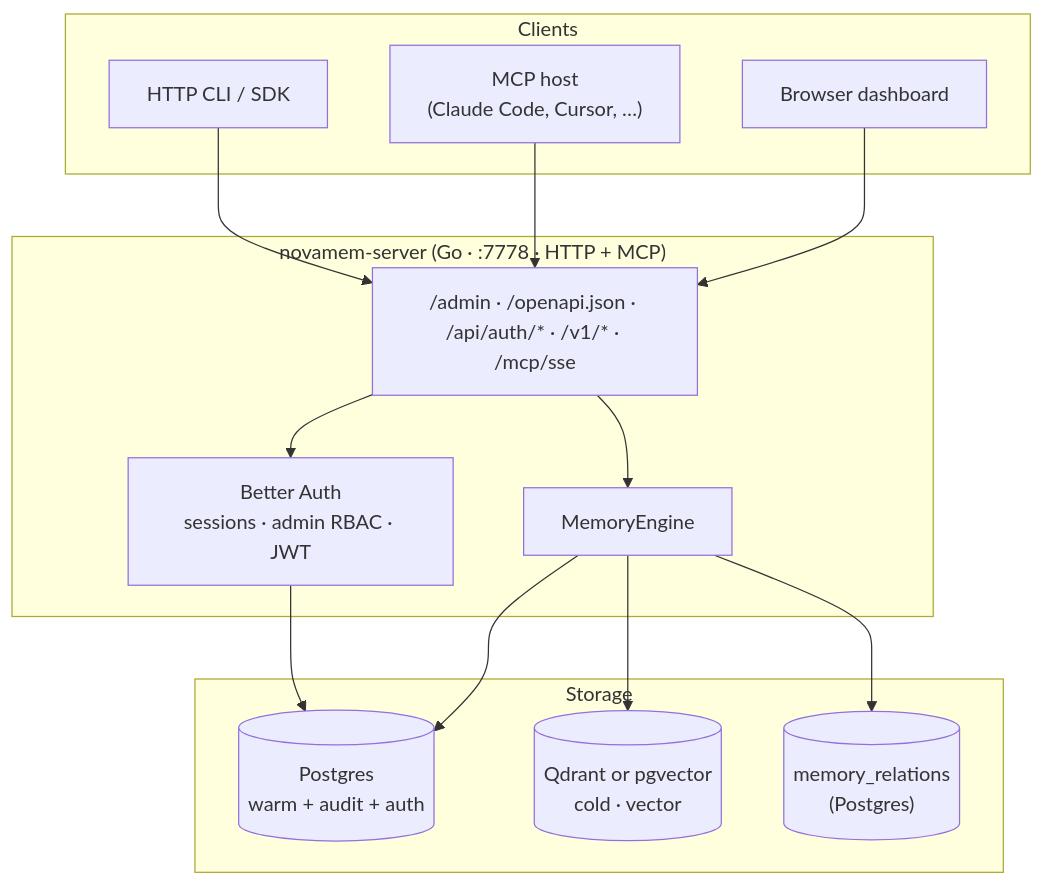
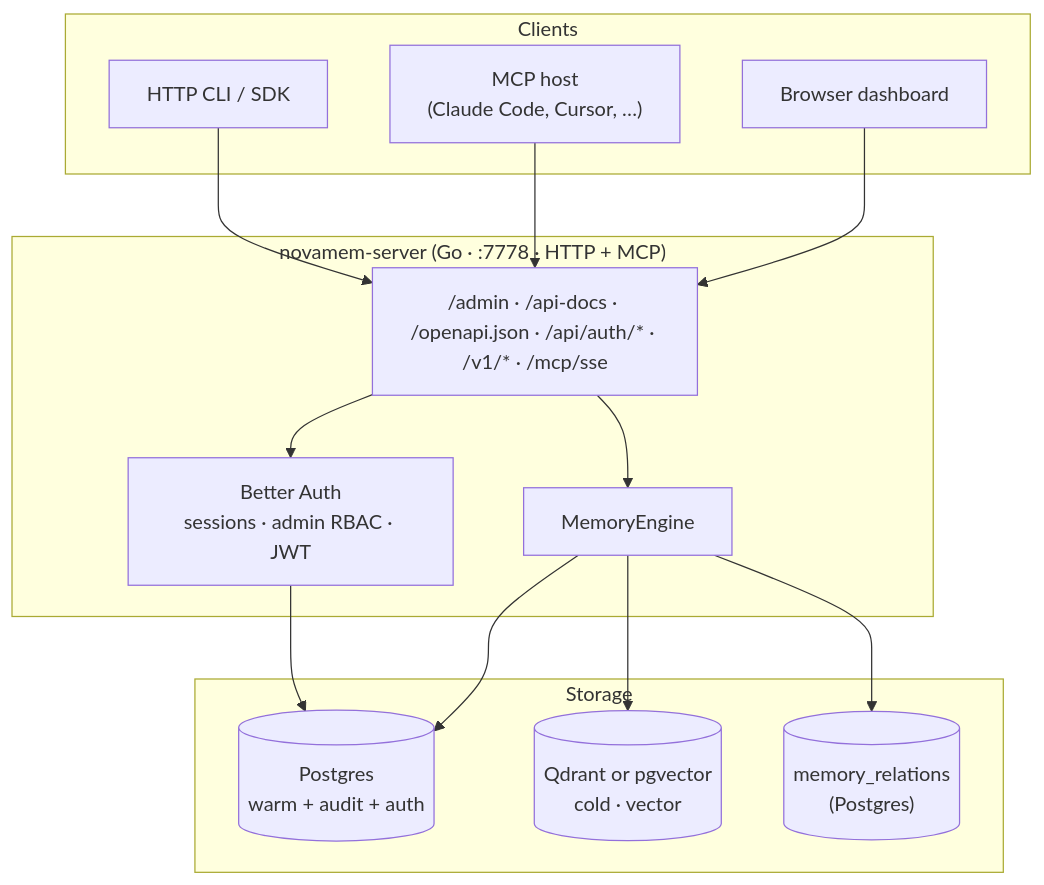
The first of 4 diagrams in docs/architecture/system.md (azrtydxb/novamem), drawn with Mermaid before and after one commit. The commit also changed other lines of this file and 23 other files, not shown here.

````diff
--- a/docs/architecture/system.md
+++ b/docs/architecture/system.md
@@ -7,30 +7,30 @@
 ```mermaid
 flowchart TB
     subgraph clients["Clients"]
         DASH["Browser dashboard"]
         MCP["MCP host<br/>(Claude Code, Cursor, …)"]
         CLI["HTTP CLI / SDK"]
     end
 
     subgraph server["novamem-server (Go · :7778 · HTTP + MCP)"]
-        ROUTES["/admin · /openapi.json · /api/auth/* · /v1/* · /mcp/sse"]
+        ROUTES["/admin · /api-docs · /openapi.json · /api/auth/* · /v1/* · /mcp/sse"]
         ENGINE["MemoryEngine"]
         BA["Better Auth<br/>sessions · admin RBAC · JWT"]
         ROUTES --> ENGINE
         ROUTES --> BA
     end
 
     subgraph stores["Storage"]
         PG[("Postgres<br/>warm + audit + auth")]
         QD[("Qdrant or pgvector<br/>cold · vector")]
         REL[("memory_relations<br/>(Postgres)")]
     end
 
     DASH --> ROUTES
     MCP --> ROUTES
     CLI --> ROUTES
     ENGINE --> PG
     ENGINE --> QD
     ENGINE --> REL
     BA --> PG
 ```
````
